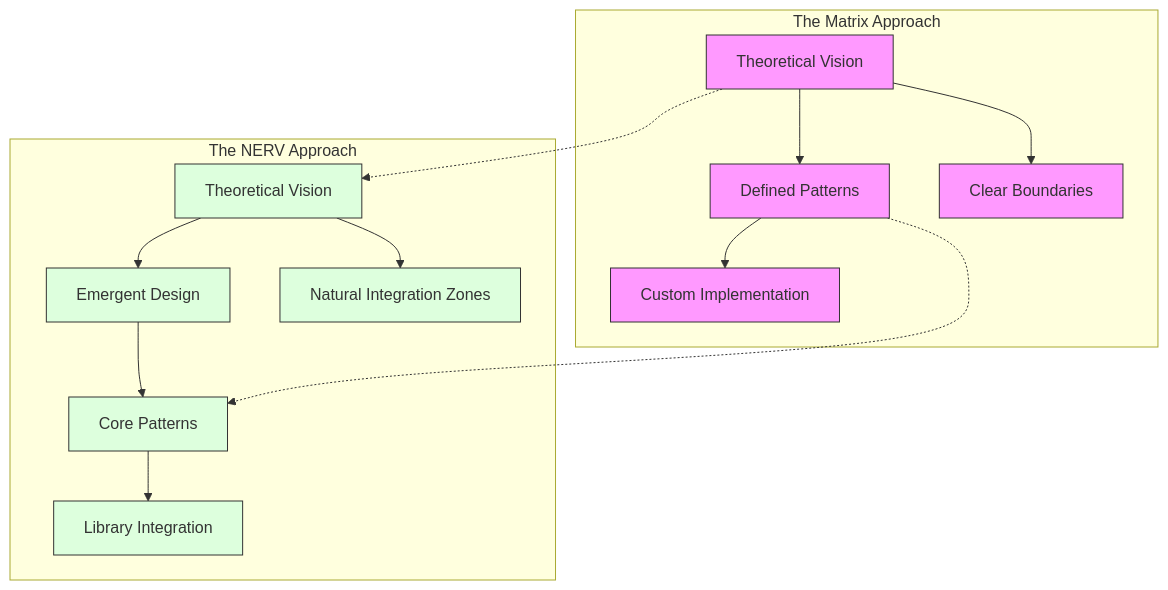
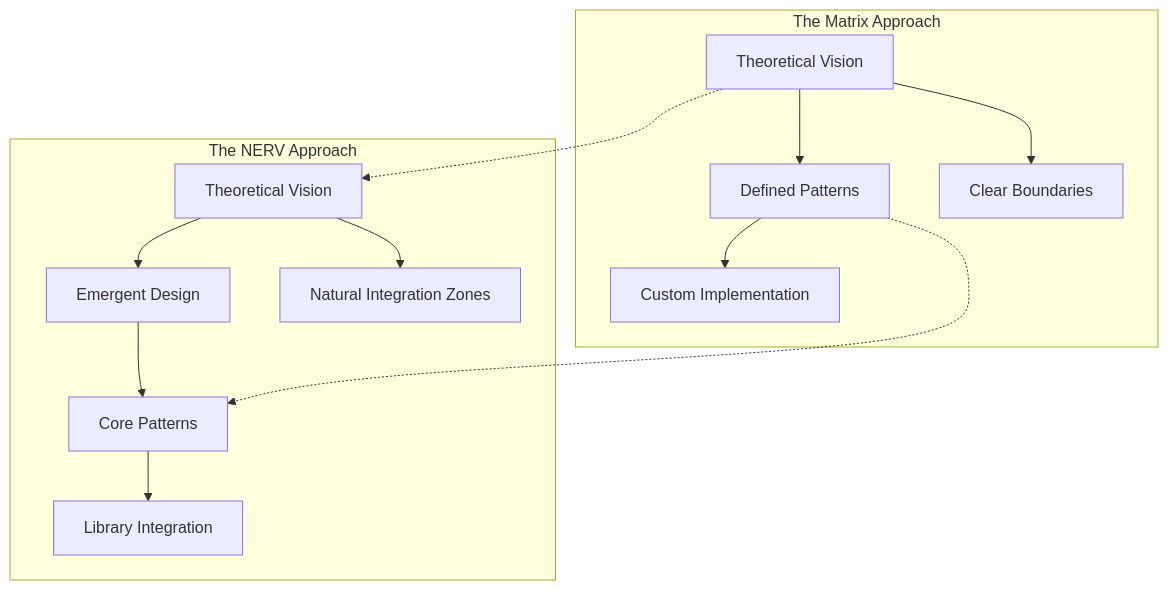
Before and after one commit to inherent-design/atlas: the diagram in docs/project-management/planning/nerv/matrix_to_nerv.md, drawn with Mermaid. The commit also changed 7 other files, not shown here.

First line of the commit message:
refactor: remove inline styling from mermaid diagrams

````diff
--- a/docs/project-management/planning/nerv/matrix_to_nerv.md
+++ b/docs/project-management/planning/nerv/matrix_to_nerv.md
@@ -31,24 +31,18 @@
 ```mermaid
 graph TD
     subgraph Matrix[The Matrix Approach]
         M_Theory["Theoretical Vision"] --> M_Patterns["Defined Patterns"]
         M_Patterns --> M_Implementation["Custom Implementation"]
         M_Theory --> M_Boundaries["Clear Boundaries"]
     end
     
     subgraph NERV[The NERV Approach]
         N_Theory["Theoretical Vision"] --> N_EmergentDesign["Emergent Design"]
         N_EmergentDesign --> N_Patterns["Core Patterns"]
         N_Patterns --> N_Libraries["Library Integration"]
         N_Theory --> N_IntegrationZones["Natural Integration Zones"]
     end
     
     M_Theory -.-> N_Theory
     M_Patterns -.-> N_Patterns
-    
-    classDef matrix fill:#f9f,stroke:#333,stroke-width:1px
-    classDef nerv fill:#dfd,stroke:#333,stroke-width:1px
-    
-    class M_Theory,M_Patterns,M_Implementation,M_Boundaries matrix
-    class N_Theory,N_EmergentDesign,N_Patterns,N_Libraries,N_IntegrationZones nerv
 ```
````
